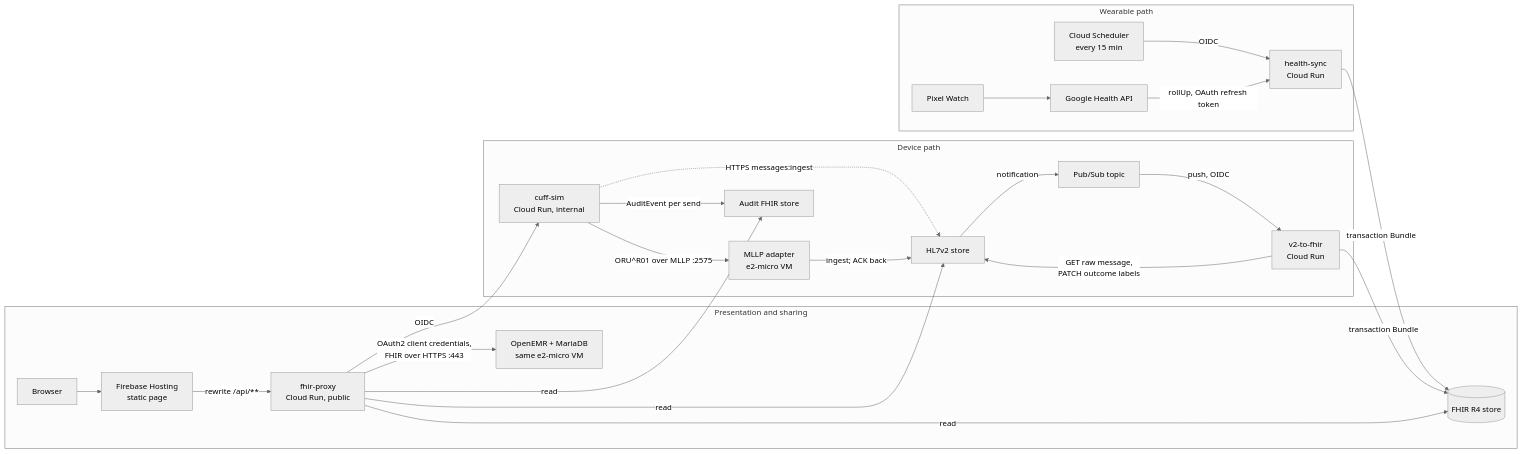
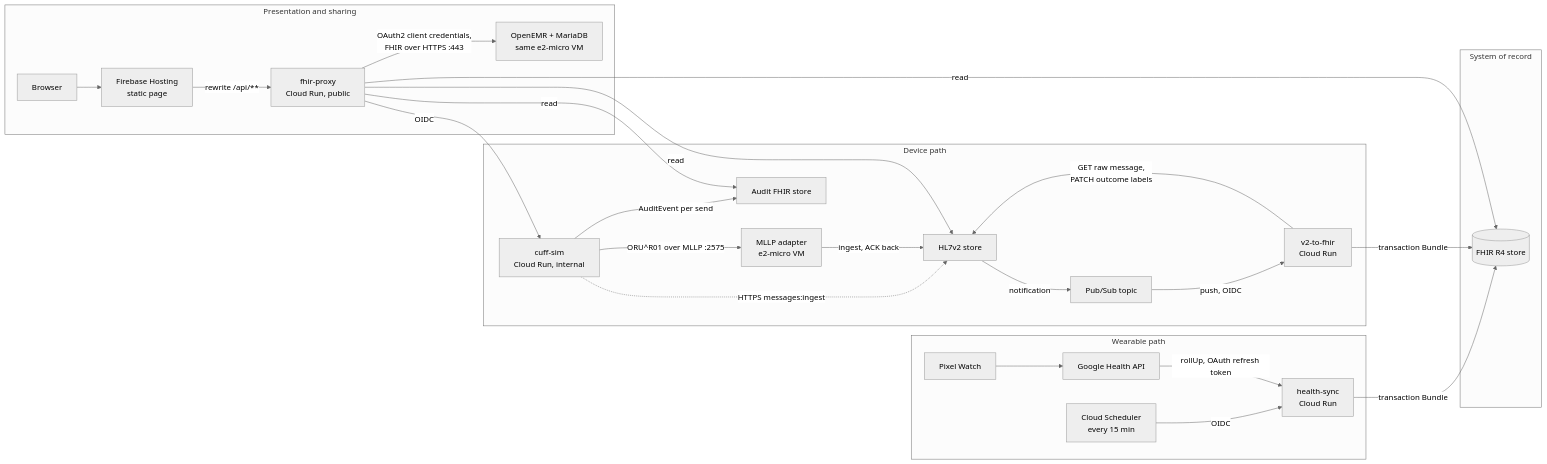
One commit to nick-delgado/pulsebridge changed the diagram in README.md. Above: the diagram before and after it, drawn with Mermaid (neutral theme). The commit also changed 1 other file, not shown here.

Commit message:
T28: README diagram: pipe-style edge labels (render-checked with Mermaid 11), FHIR store in its own group
Claude-Session: https://claude.ai/code/session_01NexcmHUqhQUWZrqTBnpujY

````diff
--- a/README.md
+++ b/README.md
@@ -38,31 +38,34 @@
 ```mermaid
 flowchart LR
   subgraph wearable["Wearable path"]
     watch["Pixel Watch"] --> gh["Google Health API"]
-    sched["Cloud Scheduler<br/>every 15 min"] -- "OIDC" --> hs["health-sync<br/>Cloud Run"]
-    gh -- "rollUp, OAuth refresh token" --> hs
+    sched["Cloud Scheduler<br/>every 15 min"] -->|"OIDC"| hs["health-sync<br/>Cloud Run"]
+    gh -->|"rollUp, OAuth refresh token"| hs
   end
 
   subgraph device["Device path"]
-    cuff["cuff-sim<br/>Cloud Run, internal"] -- "ORU^R01 over MLLP :2575" --> mllp["MLLP adapter<br/>e2-micro VM"]
-    cuff -. "HTTPS messages:ingest" .-> hl7["HL7v2 store"]
-    mllp -- "ingest; ACK back" --> hl7
-    hl7 -- "notification" --> ps["Pub/Sub topic"]
-    ps -- "push, OIDC" --> v2f["v2-to-fhir<br/>Cloud Run"]
-    v2f -- "GET raw message,<br/>PATCH outcome labels" --> hl7
-    cuff -- "AuditEvent per send" --> audit["Audit FHIR store"]
+    cuff["cuff-sim<br/>Cloud Run, internal"] -->|"ORU^R01 over MLLP :2575"| mllp["MLLP adapter<br/>e2-micro VM"]
+    cuff -.->|"HTTPS messages:ingest"| hl7["HL7v2 store"]
+    mllp -->|"ingest, ACK back"| hl7
+    hl7 -->|"notification"| ps["Pub/Sub topic"]
+    ps -->|"push, OIDC"| v2f["v2-to-fhir<br/>Cloud Run"]
+    v2f -->|"GET raw message,<br/>PATCH outcome labels"| hl7
+    cuff -->|"AuditEvent per send"| audit["Audit FHIR store"]
   end
 
-  hs -- "transaction Bundle" --> fhir[("FHIR R4 store")]
-  v2f -- "transaction Bundle" --> fhir
+  subgraph record["System of record"]
+    fhir[("FHIR R4 store")]
+  end
+  hs -->|"transaction Bundle"| fhir
+  v2f -->|"transaction Bundle"| fhir
 
   subgraph front["Presentation and sharing"]
     browser["Browser"] --> hosting["Firebase Hosting<br/>static page"]
-    hosting -- "rewrite /api/**" --> proxy["fhir-proxy<br/>Cloud Run, public"]
-    proxy -- "read" --> fhir
-    proxy -- "read" --> audit
-    proxy -- "read" --> hl7
-    proxy -- "OIDC" --> cuff
-    proxy -- "OAuth2 client credentials,<br/>FHIR over HTTPS :443" --> emr["OpenEMR + MariaDB<br/>same e2-micro VM"]
+    hosting -->|"rewrite /api/**"| proxy["fhir-proxy<br/>Cloud Run, public"]
+    proxy -->|"read"| fhir
+    proxy -->|"read"| audit
+    proxy -->|"read"| hl7
+    proxy -->|"OIDC"| cuff
+    proxy -->|"OAuth2 client credentials,<br/>FHIR over HTTPS :443"| emr["OpenEMR + MariaDB<br/>same e2-micro VM"]
   end
 ```
````
